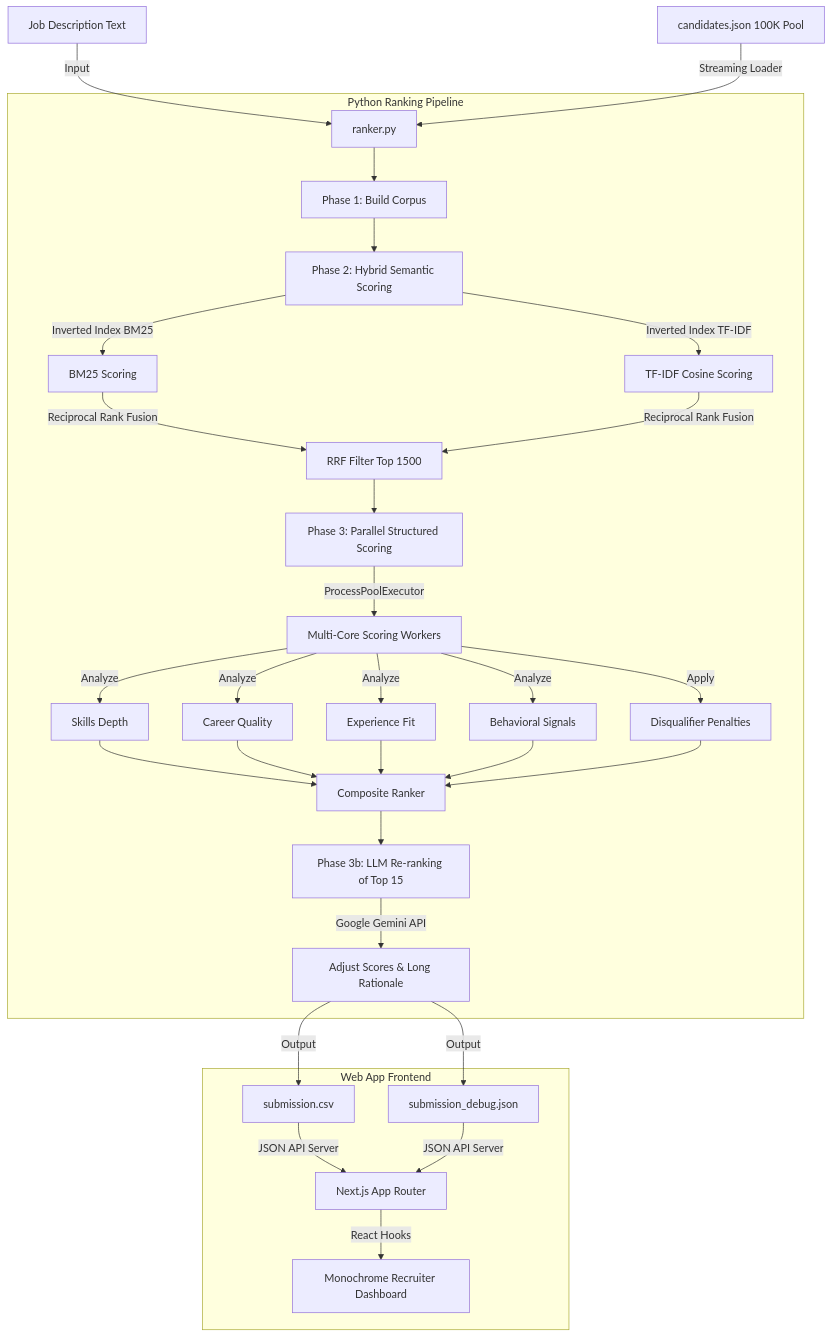
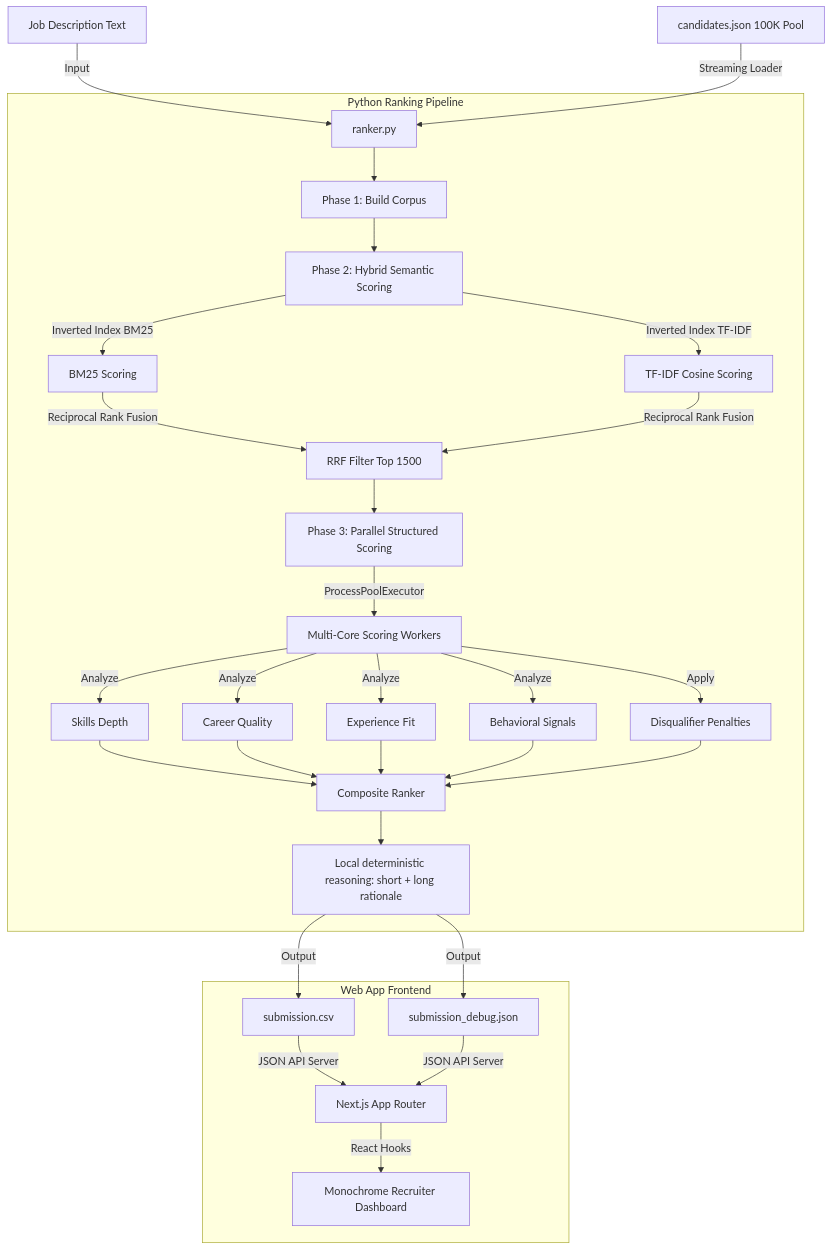
Before and after one commit to Unique-exe19/nexthire: the diagram in README.md, drawn with Mermaid. The commit also changed other lines of this file and 21 other files, not shown here.

````diff
--- a/README.md
+++ b/README.md
@@ -13,33 +13,32 @@
 ```mermaid
 graph TD
     JD[Job Description Text] --> |Input| R[ranker.py]
     JSONL[candidates.json 100K Pool] --> |Streaming Loader| R
     
     subgraph Python Ranking Pipeline
         R --> P1[Phase 1: Build Corpus]
         P1 --> P2[Phase 2: Hybrid Semantic Scoring]
         P2 --> |Inverted Index BM25| P2_BM25[BM25 Scoring]
         P2 --> |Inverted Index TF-IDF| P2_TFIDF[TF-IDF Cosine Scoring]
         P2_BM25 & P2_TFIDF --> |Reciprocal Rank Fusion| P2_RRF[RRF Filter Top 1500]
         
         P2_RRF --> P3[Phase 3: Parallel Structured Scoring]
         P3 --> |ProcessPoolExecutor| P3_Workers[Multi-Core Scoring Workers]
         P3_Workers --> |Analyze| Dim1[Skills Depth]
         P3_Workers --> |Analyze| Dim2[Career Quality]
         P3_Workers --> |Analyze| Dim3[Experience Fit]
         P3_Workers --> |Analyze| Dim4[Behavioral Signals]
         P3_Workers --> |Apply| Penalty[Disqualifier Penalties]
         
         Dim1 & Dim2 & Dim3 & Dim4 & Penalty --> P3_Ensemble[Composite Ranker]
-        P3_Ensemble --> P3_LLM[Phase 3b: LLM Re-ranking of Top 15]
-        P3_LLM --> |Google Gemini API| Rerank[Adjust Scores & Long Rationale]
+        P3_Ensemble --> Local[Local deterministic reasoning: short + long rationale]
     end
     
-    Rerank --> |Output| CSV[submission.csv]
-    Rerank --> |Output| DebugJSON[submission_debug.json]
+    Local --> |Output| CSV[submission.csv]
+    Local --> |Output| DebugJSON[submission_debug.json]
     
     subgraph Web App Frontend
         CSV & DebugJSON --> |JSON API Server| NextJS[Next.js App Router]
         NextJS --> |React Hooks| UI[Monochrome Recruiter Dashboard]
     end
 ```
````
